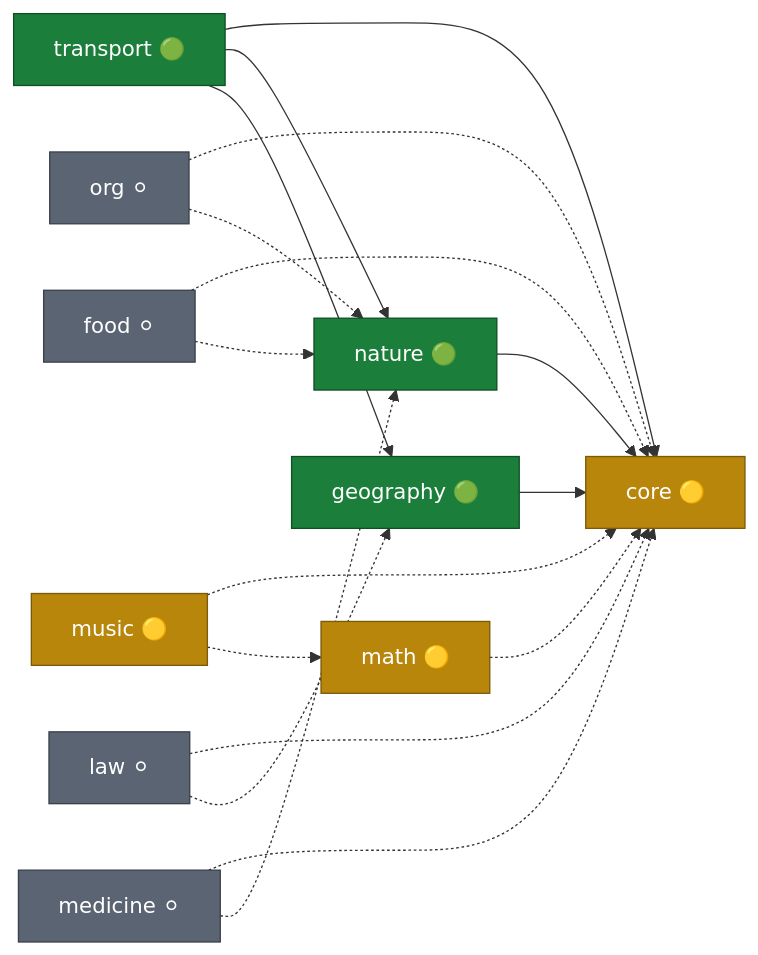
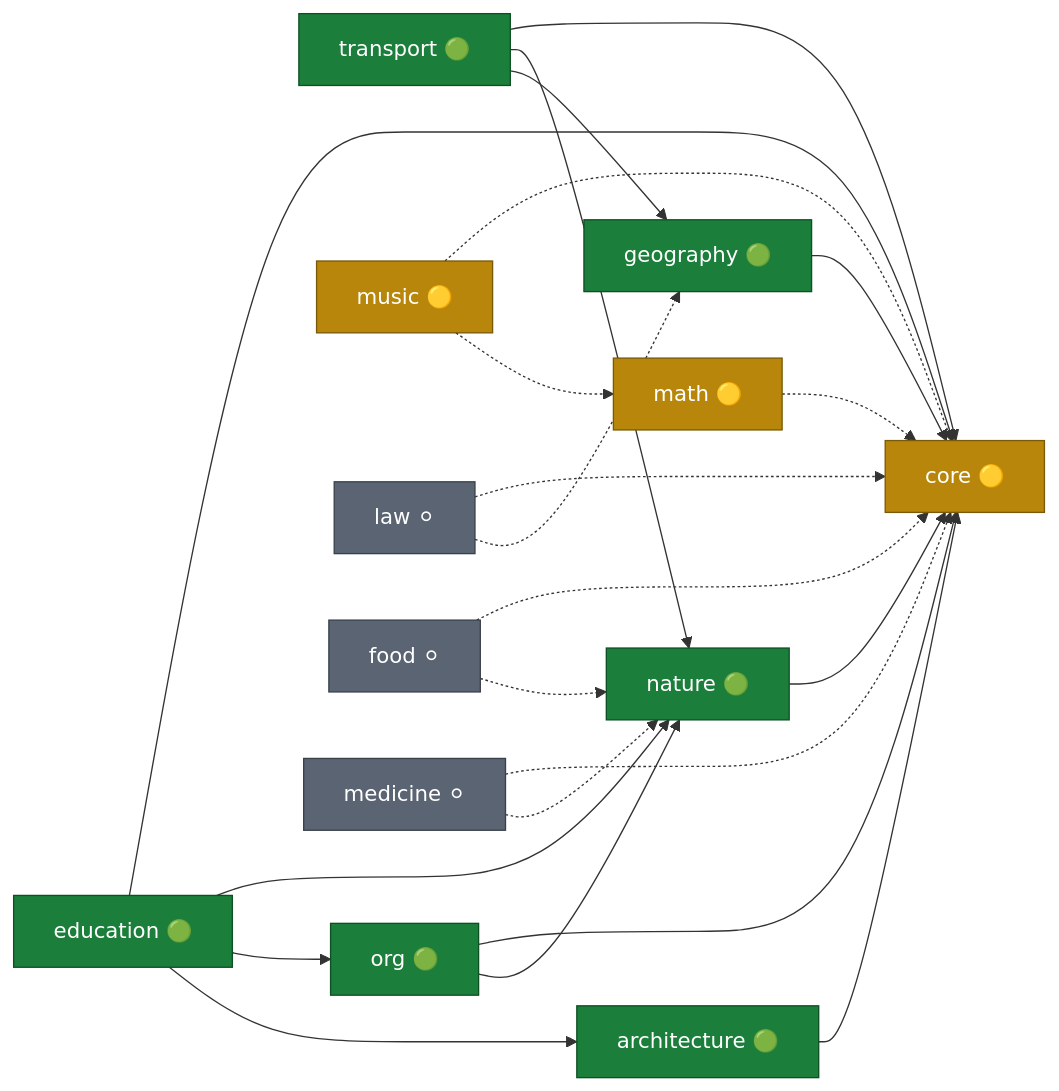
One commit to WMOOP/wmoop.doc changed the second of 2 diagrams in docs/06-domain-taxonomy.md. Above: the diagram before and after it, drawn with Mermaid. The commit also changed other lines of this file and 12 other files, not shown here.

First line of the commit message:
feat(model): school worked example + support domains, anatomy, expansion roadmap

````diff
--- a/docs/06-domain-taxonomy.md
+++ b/docs/06-domain-taxonomy.md
@@ -221,37 +229,44 @@
 ```mermaid
 flowchart LR
   core["core 🟡"]:::plan
   math["math 🟡"]:::plan
   nature["nature 🟢"]:::seed
   geography["geography 🟢"]:::seed
   transport["transport 🟢"]:::seed
+  architecture["architecture 🟢"]:::seed
+  org["org 🟢"]:::seed
+  education["education 🟢"]:::seed
   music["music 🟡"]:::plan
-  org["org ⚪"]:::cand
   law["law ⚪"]:::cand
   food["food ⚪"]:::cand
   medicine["medicine ⚪"]:::cand
 
   %% seeded edges (from the modules' depends_on headers)
   nature --> core
   geography --> core
   transport --> core
   transport --> nature
   transport --> geography
+  architecture --> core
+  org --> core
+  org --> nature
+  education --> core
+  education --> nature
+  education --> org
+  education --> architecture
 
   %% planned / candidate edges
   math -.-> core
   music -.-> core
   music -.-> math
-  org -.-> core
-  org -.-> nature
   law -.-> core
   law -.-> geography
   food -.-> core
   food -.-> nature
   medicine -.-> core
   medicine -.-> nature
 
   classDef seed fill:#1b7f3b,stroke:#0d5024,color:#fff;
   classDef plan fill:#b8860b,stroke:#7a5a07,color:#fff;
   classDef cand fill:#5a6472,stroke:#3a414b,color:#fff;
 ```
````
